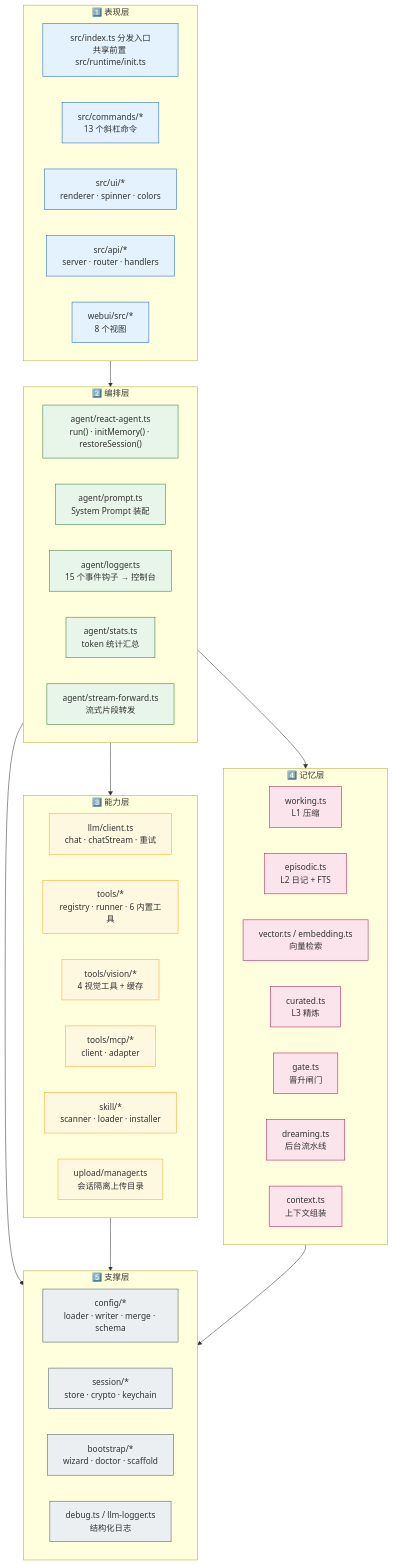
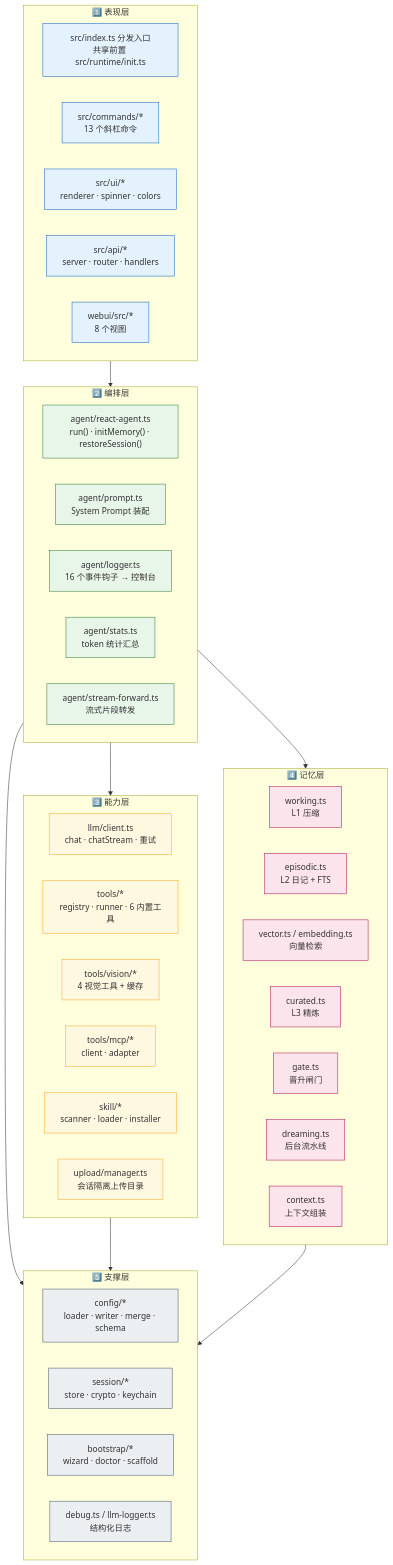
One commit to mutongliwansui/loop-agent-harness changed the second of 7 diagrams in docs/mermaid-architecture.md. Above: the diagram before and after it, drawn with Mermaid. The commit also changed 22 other files, not shown here.

````diff
--- a/docs/mermaid-architecture.md
+++ b/docs/mermaid-architecture.md
@@ -116,65 +116,65 @@
 ```mermaid
 flowchart TD
     subgraph L1["1️⃣ 表现层"]
         direction LR
         A1["src/index.ts 分发入口<br/>共享前置 src/runtime/init.ts"]
         A2["src/commands/*<br/>13 个斜杠命令"]
         A3["src/ui/*<br/>renderer · spinner · colors"]
         A4["src/api/*<br/>server · router · handlers"]
         A5["webui/src/*<br/>8 个视图"]
     end
 
     subgraph L2["2️⃣ 编排层"]
         B1["agent/react-agent.ts<br/>run() · initMemory() · restoreSession()"]
         B2["agent/prompt.ts<br/>System Prompt 装配"]
-        B3["agent/logger.ts<br/>15 个事件钩子 → 控制台"]
+        B3["agent/logger.ts<br/>16 个事件钩子 → 控制台"]
         B4["agent/stats.ts<br/>token 统计汇总"]
         B5["agent/stream-forward.ts<br/>流式片段转发"]
     end
 
     subgraph L3["3️⃣ 能力层"]
         direction LR
         C1["llm/client.ts<br/>chat · chatStream · 重试"]
         C2["tools/*<br/>registry · runner · 6 内置工具"]
         C3["tools/vision/*<br/>4 视觉工具 + 缓存"]
         C4["tools/mcp/*<br/>client · adapter"]
         C5["skill/*<br/>scanner · loader · installer"]
         C6["upload/manager.ts<br/>会话隔离上传目录"]
     end
 
     subgraph L4["4️⃣ 记忆层"]
         direction LR
         D1["working.ts<br/>L1 压缩"]
         D2["episodic.ts<br/>L2 日记 + FTS"]
         D3["vector.ts / embedding.ts<br/>向量检索"]
         D4["curated.ts<br/>L3 精炼"]
         D5["gate.ts<br/>晋升闸门"]
         D6["dreaming.ts<br/>后台流水线"]
         D7["context.ts<br/>上下文组装"]
     end
 
     subgraph L5["5️⃣ 支撑层"]
         direction LR
         E1["config/*<br/>loader · writer · merge · schema"]
         E2["session/*<br/>store · crypto · keychain"]
         E3["bootstrap/*<br/>wizard · doctor · scaffold"]
         E4["debug.ts / llm-logger.ts<br/>结构化日志"]
     end
 
     L1 --> L2 --> L3
     L2 --> L4
     L2 --> L5
     L3 --> L5
     L4 --> L5
 
     classDef l1 fill:#e3f2fd,stroke:#1565c0
     classDef l2 fill:#e8f5e9,stroke:#2e7d32
     classDef l3 fill:#fff8e1,stroke:#f9a825
     classDef l4 fill:#fce4ec,stroke:#ad1457
     classDef l5 fill:#eceff1,stroke:#455a64
     class A1,A2,A3,A4,A5 l1
     class B1,B2,B3,B4,B5 l2
     class C1,C2,C3,C4,C5,C6 l3
     class D1,D2,D3,D4,D5,D6,D7 l4
     class E1,E2,E3,E4 l5
 ```
````
